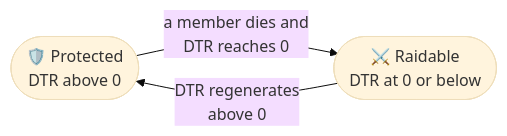
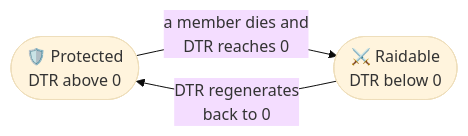
The diagram in docs/gameplay/dtr-and-raids.md (Lawkeys-dev/hcf-core), drawn with Mermaid (base theme) before and after one commit. The commit also changed other lines of this file and 41 other files, not shown here.

First line of the commit message:
DTR raidable below zero with no pause after a death; raids pay the raider; Purge opens using, EOTW opens server land; subclaim making is a permission

````diff
--- a/docs/gameplay/dtr-and-raids.md
+++ b/docs/gameplay/dtr-and-raids.md
@@ -22,7 +22,7 @@
 ```mermaid
 flowchart LR
     P(["🛡️ Protected<br/>DTR above 0"])
-    R(["⚔️ Raidable<br/>DTR at 0 or below"])
+    R(["⚔️ Raidable<br/>DTR below 0"])
     P -- "a member dies and<br/>DTR reaches 0" --> R
-    R -- "DTR regenerates<br/>above 0" --> P
+    R -- "DTR regenerates<br/>back to 0" --> P
 ```
````
